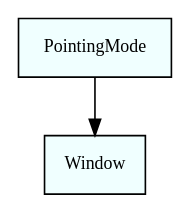
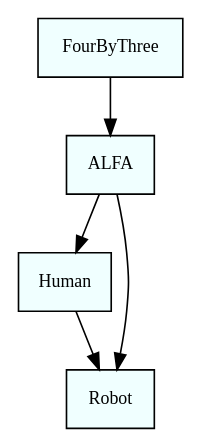
Before and after one commit to pstlab/PLATINUm: the diagram in dependency_graph.dot, drawn with Graphviz. The commit also changed 5 other files, not shown here.

```diff
--- a/dependency_graph.dot
+++ b/dependency_graph.dot
@@ -1,5 +1,5 @@
 digraph dependency_graph {
 	rankdir=TB;
 	node [fontsize=11, style=filled, fillcolor=azure, shape = box]
-	PointingMode -> Window
+	ALFA -> Human	FourByThree -> ALFA	Human -> Robot	ALFA -> Robot
 }
```
